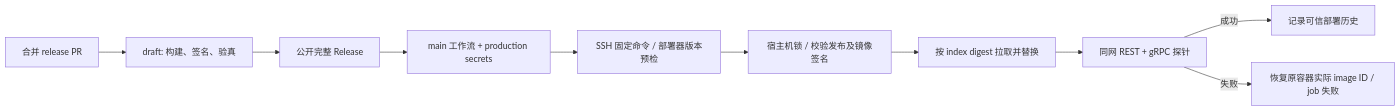
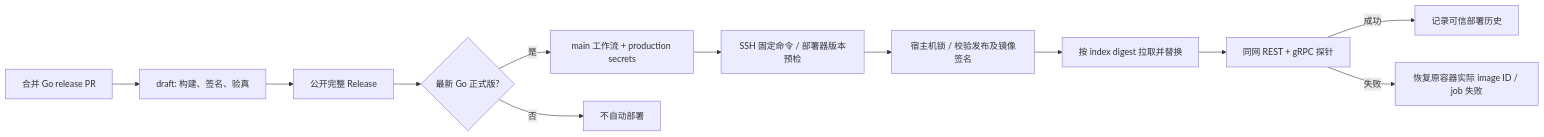
The diagram in docs/deploy.md (VOD-Studio/kite), drawn with Mermaid before and after one commit. The commit also changed other lines of this file and 45 other files, not shown here.

````diff
--- a/docs/deploy.md
+++ b/docs/deploy.md
@@ -14,12 +14,14 @@
 ```mermaid
 flowchart LR
-  A[合并 release PR] --> B[draft: 构建、签名、验真]
+  A[合并 Go release PR] --> B[draft: 构建、签名、验真]
   B --> C[公开完整 Release]
-  C --> D[main 工作流 + production secrets]
+  C --> Latest{最新 Go 正式版?}
+  Latest -->|是| D[main 工作流 + production secrets]
+  Latest -->|否| Skip[不自动部署]
   D --> E[SSH 固定命令 / 部署器版本预检]
   E --> F[宿主机锁 / 校验发布及镜像签名]
   F --> G[按 index digest 拉取并替换]
   G --> H[同网 REST + gRPC 探针]
   H -->|成功| I[记录可信部署历史]
   H -->|失败| J[恢复原容器实际 image ID / job 失败]
 ```
````
